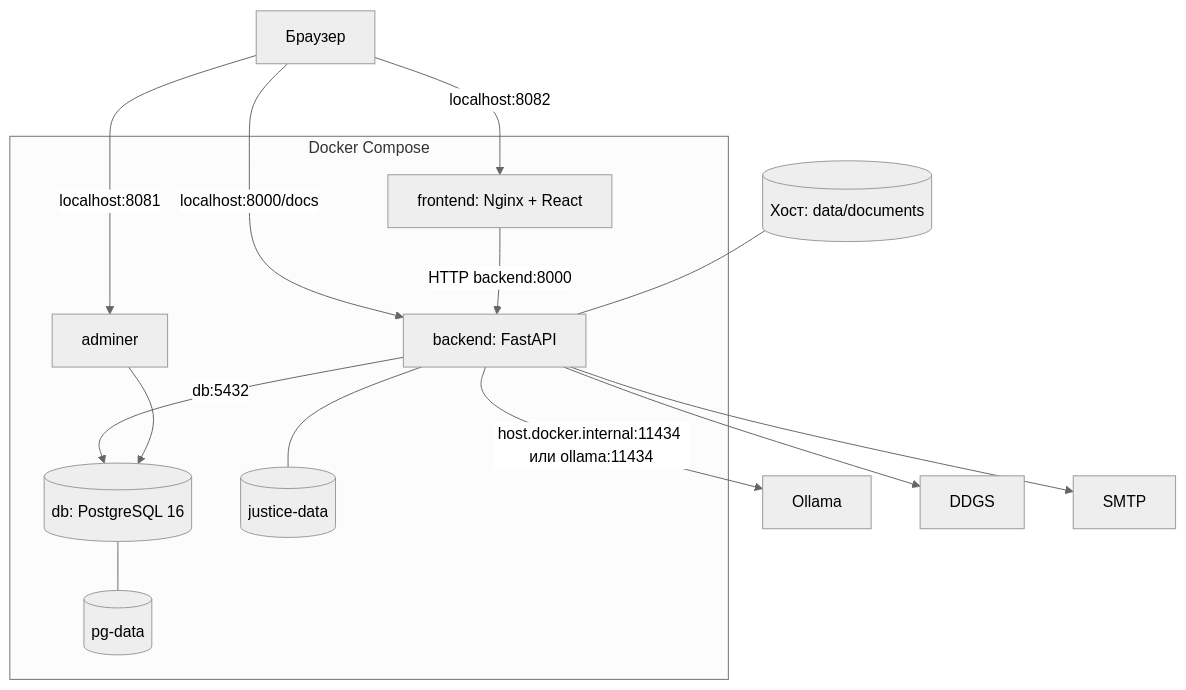
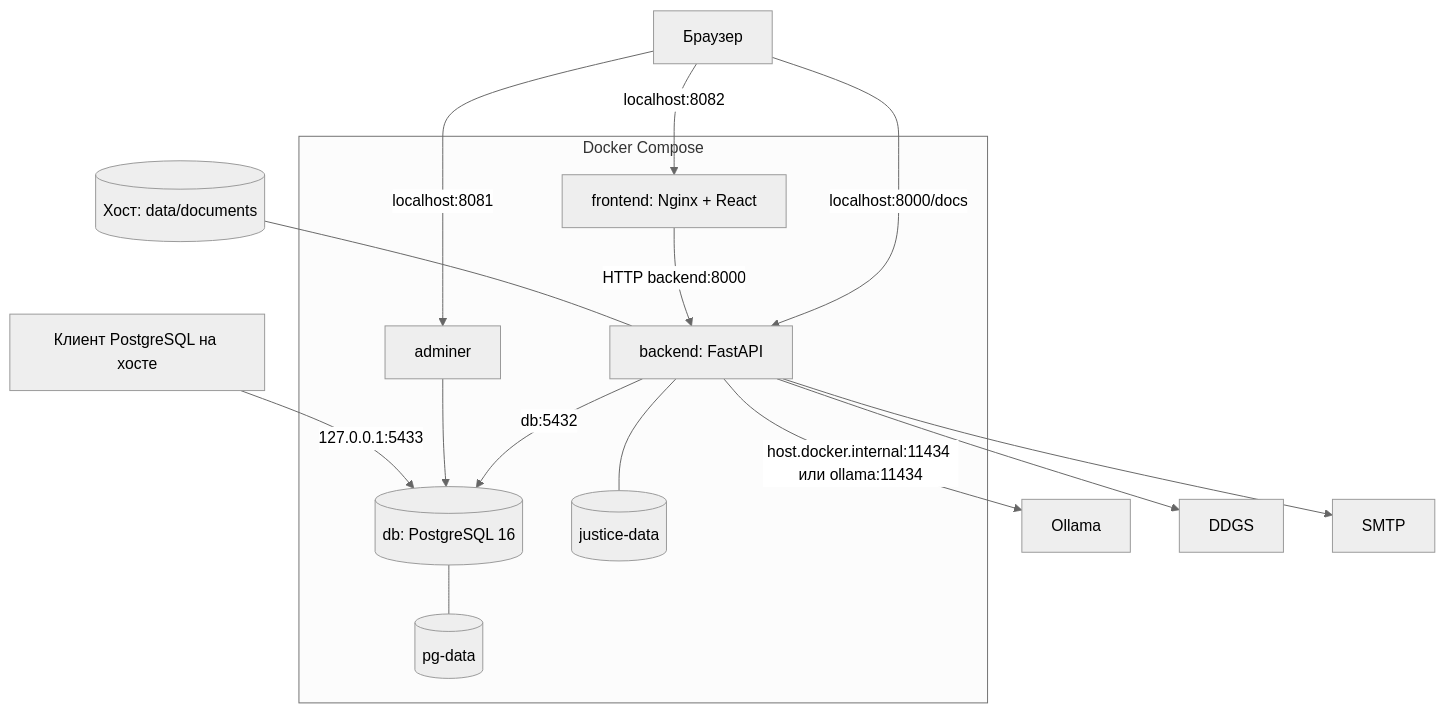
One commit to Daniel3579/justice changed the seventh of 7 diagrams in TZ-versions/Architecture (1).md. Above: the diagram before and after it, drawn with Mermaid (neutral theme). The commit also changed other lines of this file, not shown here.

Commit message:
Update Architecture (1).md

````diff
--- a/TZ-versions/Architecture (1).md
+++ b/TZ-versions/Architecture (1).md
@@ -447,23 +457,24 @@
 ```mermaid
 flowchart TB
     B[Браузер] -->|localhost:8082| F[frontend: Nginx + React]
     B -->|localhost:8000/docs| API[backend: FastAPI]
     F -->|HTTP backend:8000| API
     subgraph Compose[Docker Compose]
         F
         API
         PG[(db: PostgreSQL 16)]
         ADM[adminer]
         PGT[(pg-data)]
         JD[(justice-data)]
         API -->|db:5432| PG
         PG --- PGT
         API --- JD
         ADM --> PG
     end
     B -->|localhost:8081| ADM
+    HOST[Клиент PostgreSQL на хосте] -->|127.0.0.1:5433| PG
     API -->|host.docker.internal:11434 или ollama:11434| O[Ollama]
     API --> DDGS[DDGS]
     API --> SMTP[SMTP]
     DOC[(Хост: data/documents)] --- API
 ```
````
